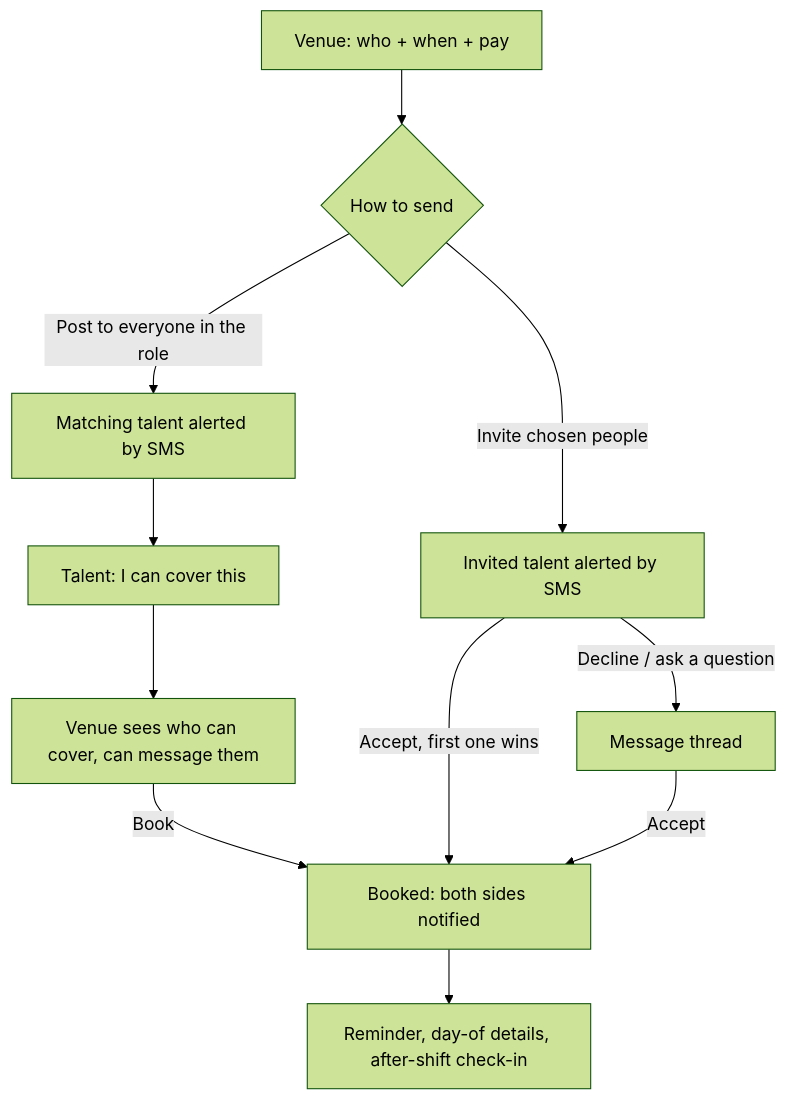
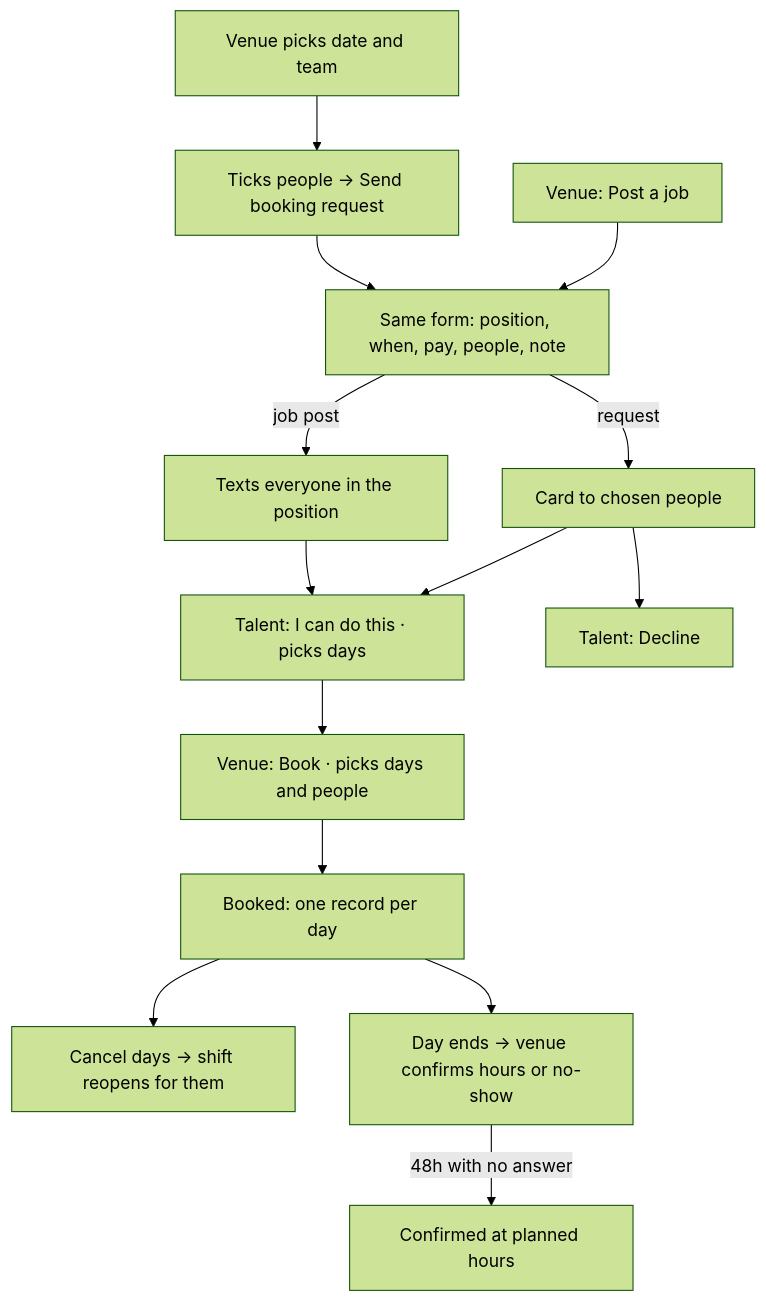
The first of 2 diagrams in docs/mvp-user-flow.md (Envo-Entity/dyuknow), drawn with Mermaid (forest theme) before and after one commit. The commit also changed other lines of this file and 25 other files, not shown here.

````diff
--- a/docs/mvp-user-flow.md
+++ b/docs/mvp-user-flow.md
@@ -63,13 +102,16 @@
 ```mermaid
 flowchart TD
-    A[Venue: who + when + pay] --> B{How to send}
-    B -->|Post to everyone in the role| C[Matching talent alerted by SMS]
-    B -->|Invite chosen people| D[Invited talent alerted by SMS]
-    C --> E[Talent: I can cover this]
-    E --> F[Venue sees who can cover, can message them]
-    F -->|Book| G[Booked: both sides notified]
-    D -->|Accept, first one wins| G
-    D -->|Decline / ask a question| H[Message thread]
-    H -->|Accept| G
-    G --> I[Reminder, day-of details, after-shift check-in]
+    A[Venue picks date and team] --> B[Ticks people → Send booking request]
+    P[Venue: Post a job] --> F
+    B --> F[Same form: position, when, pay, people, note]
+    F -->|request| R[Card to chosen people]
+    F -->|job post| J[Texts everyone in the position]
+    R --> Y[Talent: I can do this · picks days]
+    J --> Y
+    R --> D[Talent: Decline]
+    Y --> K[Venue: Book · picks days and people]
+    K --> BK[Booked: one record per day]
+    BK --> C[Cancel days → shift reopens for them]
+    BK --> H[Day ends → venue confirms hours or no-show]
+    H -->|48h with no answer| W[Confirmed at planned hours]
 ```
````
